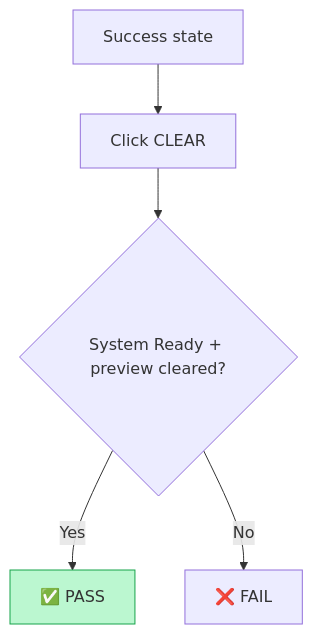
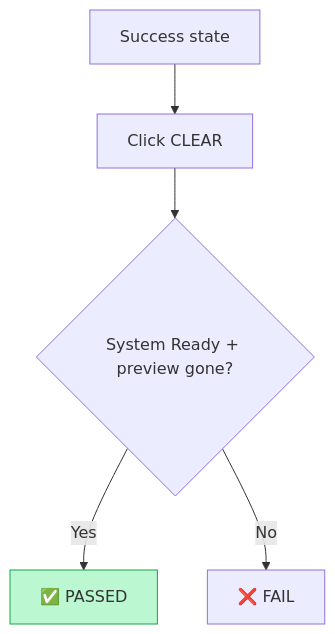
Before and after one commit to GeoWGS84-Testing/Mrsid-Extension: diagram 15 of 38 in README.md, drawn with Mermaid. The commit also changed other lines of this file, not shown here.

````diff
--- a/README.md
+++ b/README.md
@@ -457,9 +490,8 @@
 ```mermaid
 flowchart TD
   A[Success state] --> B[Click CLEAR]
-  B --> C{System Ready + preview cleared?}
-  C -->|Yes| P[✅ PASS]
+  B --> C{System Ready + preview gone?}
+  C -->|Yes| P[✅ PASSED]
   C -->|No| X[❌ FAIL]
-
   style P fill:#bbf7d0,stroke:#16a34a
 ```
````
